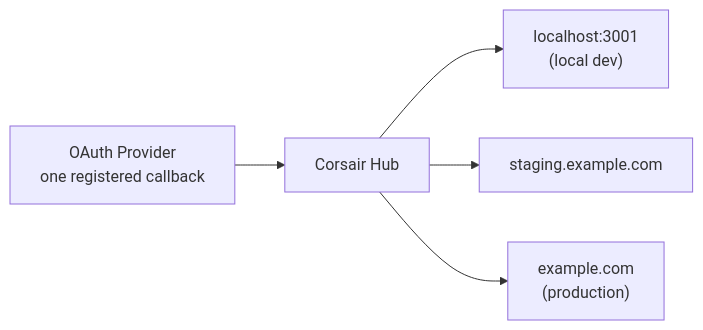
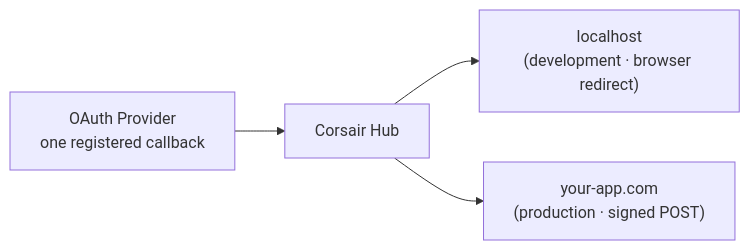
The diagram in docs/hub/delivery-urls.mdx (corsairdev/corsair), drawn with Mermaid before and after one commit. The commit also changed other lines of this file and 8 other files, not shown here.

````diff
--- a/docs/hub/delivery-urls.mdx
+++ b/docs/hub/delivery-urls.mdx
@@ -10,13 +10,11 @@
 ```mermaid
 flowchart LR
     P["OAuth Provider<br/>one registered callback"]
     H[Corsair Hub]
-    D["localhost:3001<br/>(local dev)"]
-    S["staging.example.com"]
-    Pr["example.com<br/>(production)"]
+    D["localhost<br/>(development · browser redirect)"]
+    Pr["your-app.com<br/>(production · signed POST)"]
 
     P --> H
     H --> D
-    H --> S
     H --> Pr
 ```
````
